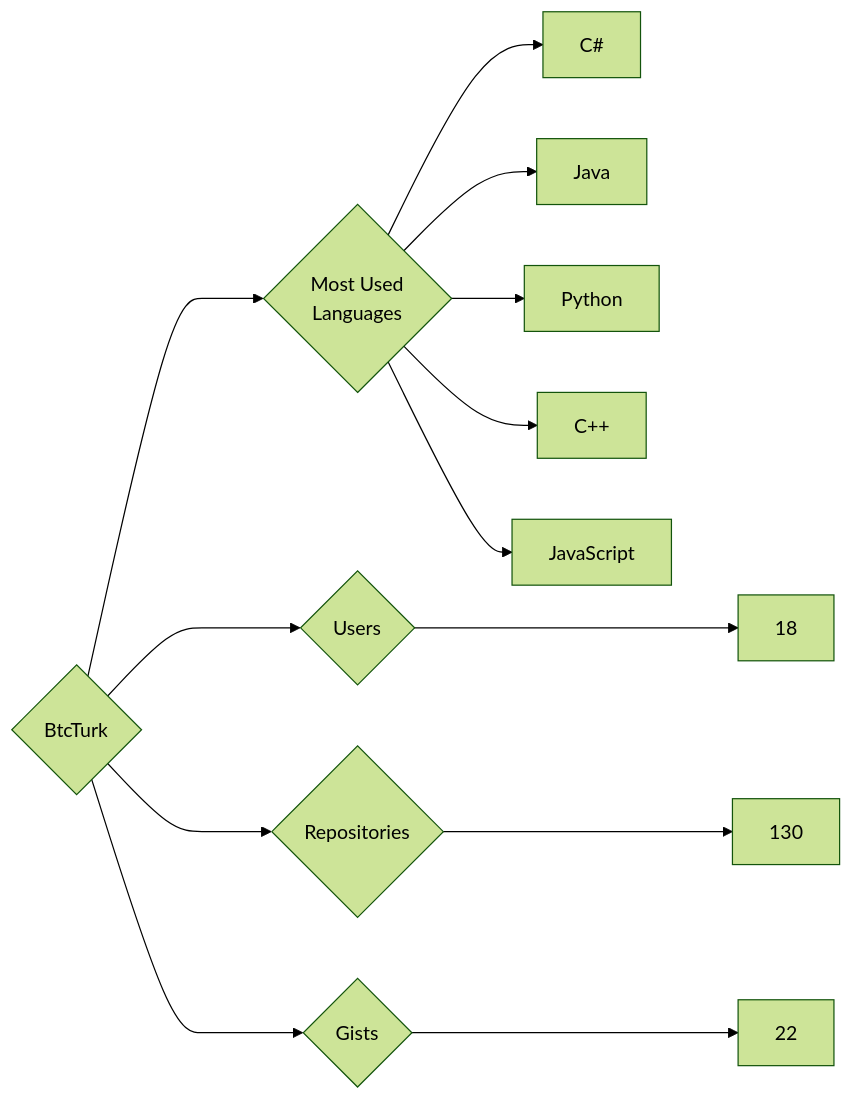
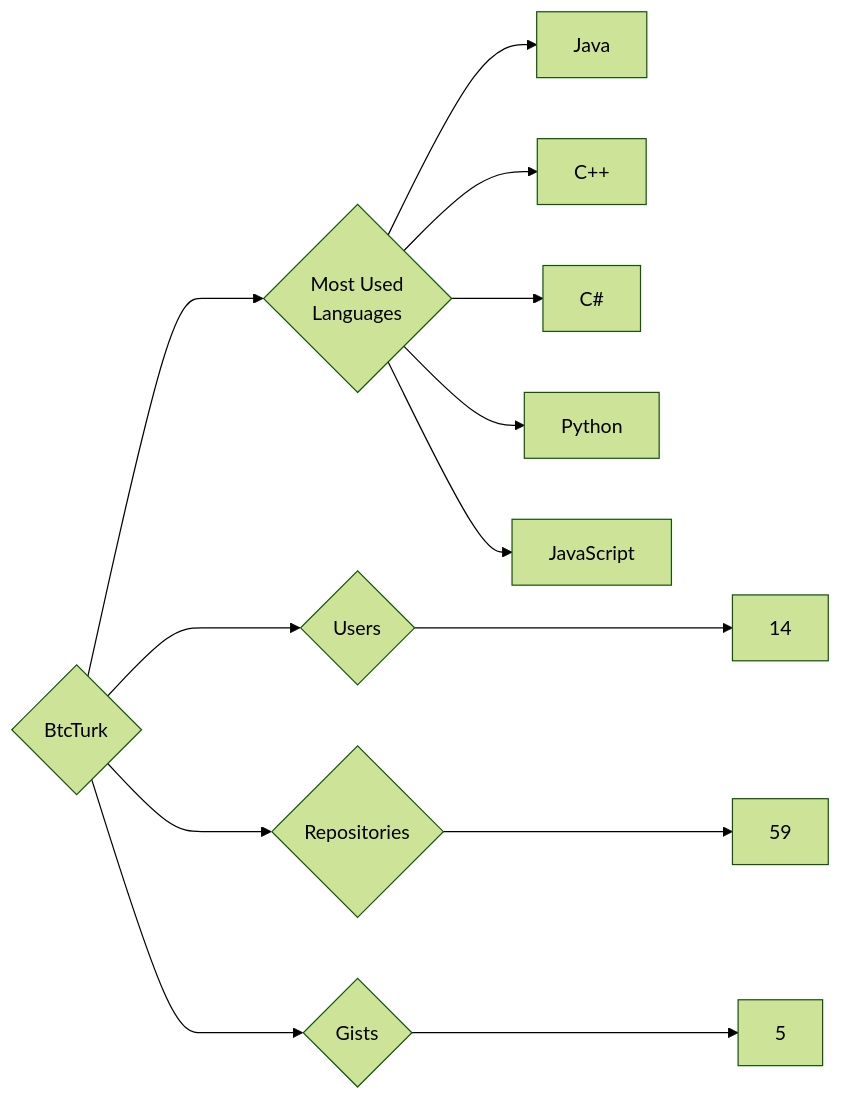
Before and after one commit to trickest/insiders: the diagram in targets/BtcTurk/README.md, drawn with Mermaid (forest theme). The commit also changed 951 other files, not shown here.

````diff
--- a/targets/BtcTurk/README.md
+++ b/targets/BtcTurk/README.md
@@ -3,13 +3,13 @@
 ```mermaid
 graph LR
 COMPANY_NAME{BtcTurk}
-COMPANY_NAME ---> U{Users} ---> UN[18]
-COMPANY_NAME ---> R{Repositories} ---> RN[130]
-COMPANY_NAME ---> G{Gists} ---> GN[22]
+COMPANY_NAME ---> U{Users} ---> UN[14]
+COMPANY_NAME ---> R{Repositories} ---> RN[59]
+COMPANY_NAME ---> G{Gists} ---> GN[5]
 COMPANY_NAME ---> ML{Most Used<br>Languages}
-ML --> C#
-ML --> Java
-ML --> Python
-ML --> C++
-ML --> JavaScript
+ML --> Java[Java]
+ML --> C++[C++]
+ML --> C#[C#]
+ML --> Python[Python]
+ML --> JavaScript[JavaScript]
 ```
````
